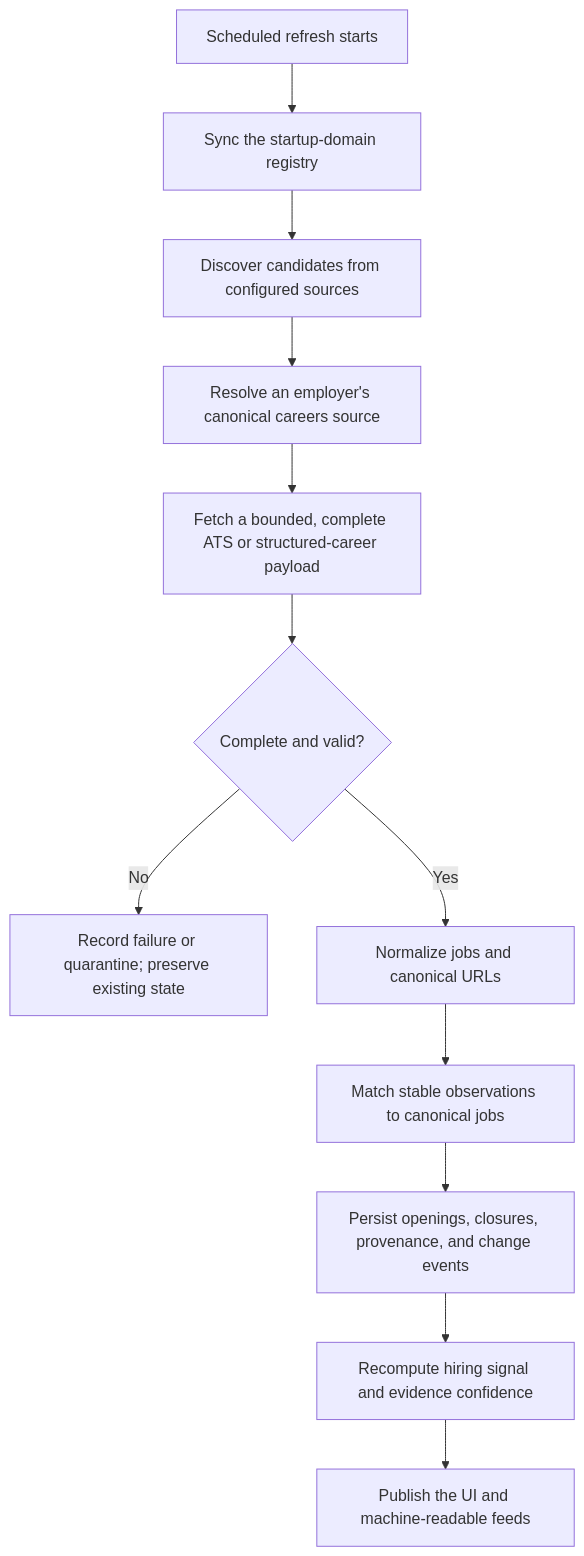
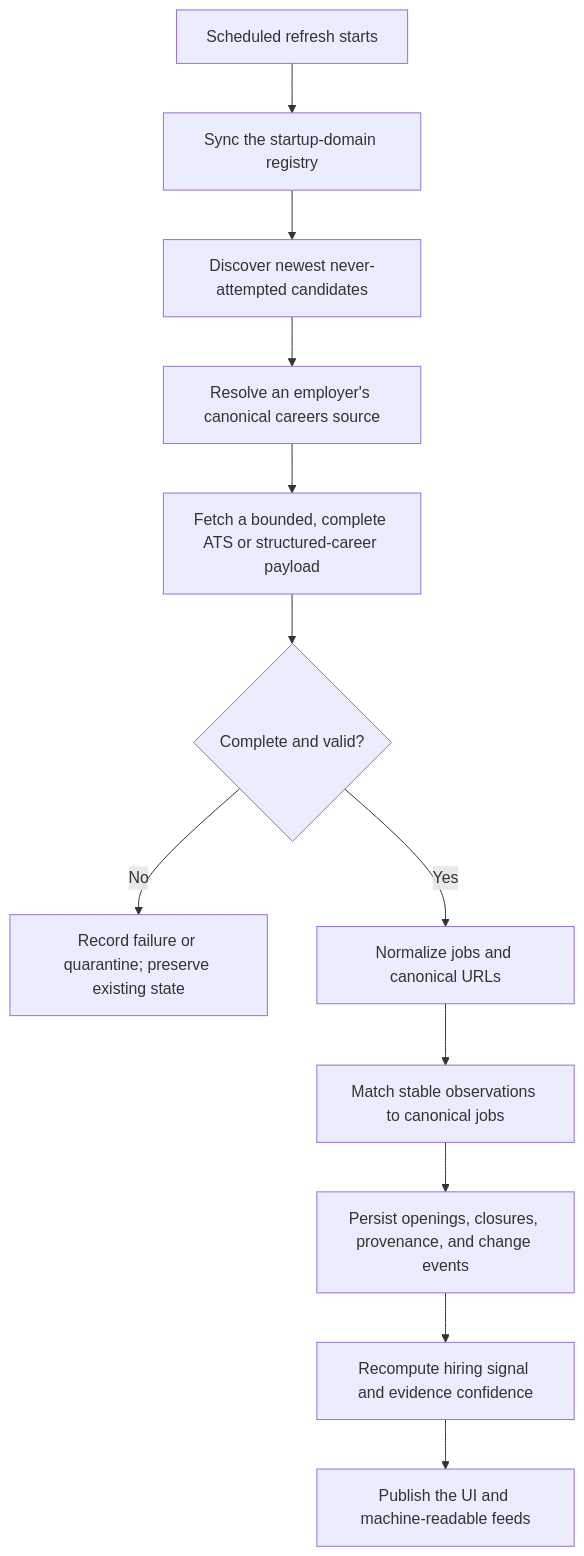
Before and after one commit to lpbangun/oh-shi: the second of 3 diagrams in docs/architecture.md, drawn with Mermaid. The commit also changed 11 other files, not shown here.

````diff
--- a/docs/architecture.md
+++ b/docs/architecture.md
@@ -46,14 +46,14 @@
 ```mermaid
 flowchart TD
   A["Scheduled refresh starts"] --> B["Sync the startup-domain registry"]
-  B --> C["Discover candidates from configured sources"]
+  B --> C["Discover newest never-attempted candidates"]
   C --> D["Resolve an employer's canonical careers source"]
   D --> E["Fetch a bounded, complete ATS or structured-career payload"]
   E --> F{"Complete and valid?"}
   F -- "No" --> G["Record failure or quarantine; preserve existing state"]
   F -- "Yes" --> H["Normalize jobs and canonical URLs"]
   H --> I["Match stable observations to canonical jobs"]
   I --> J["Persist openings, closures, provenance, and change events"]
   J --> K["Recompute hiring signal and evidence confidence"]
   K --> L["Publish the UI and machine-readable feeds"]
 ```
````
